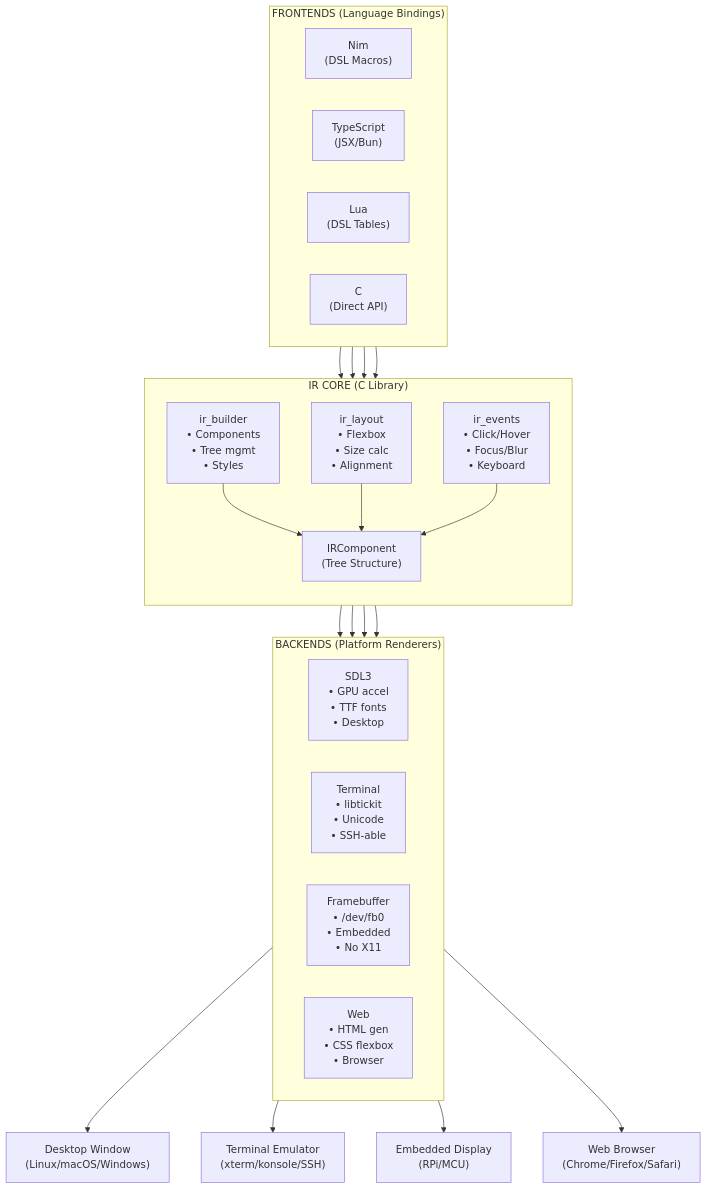
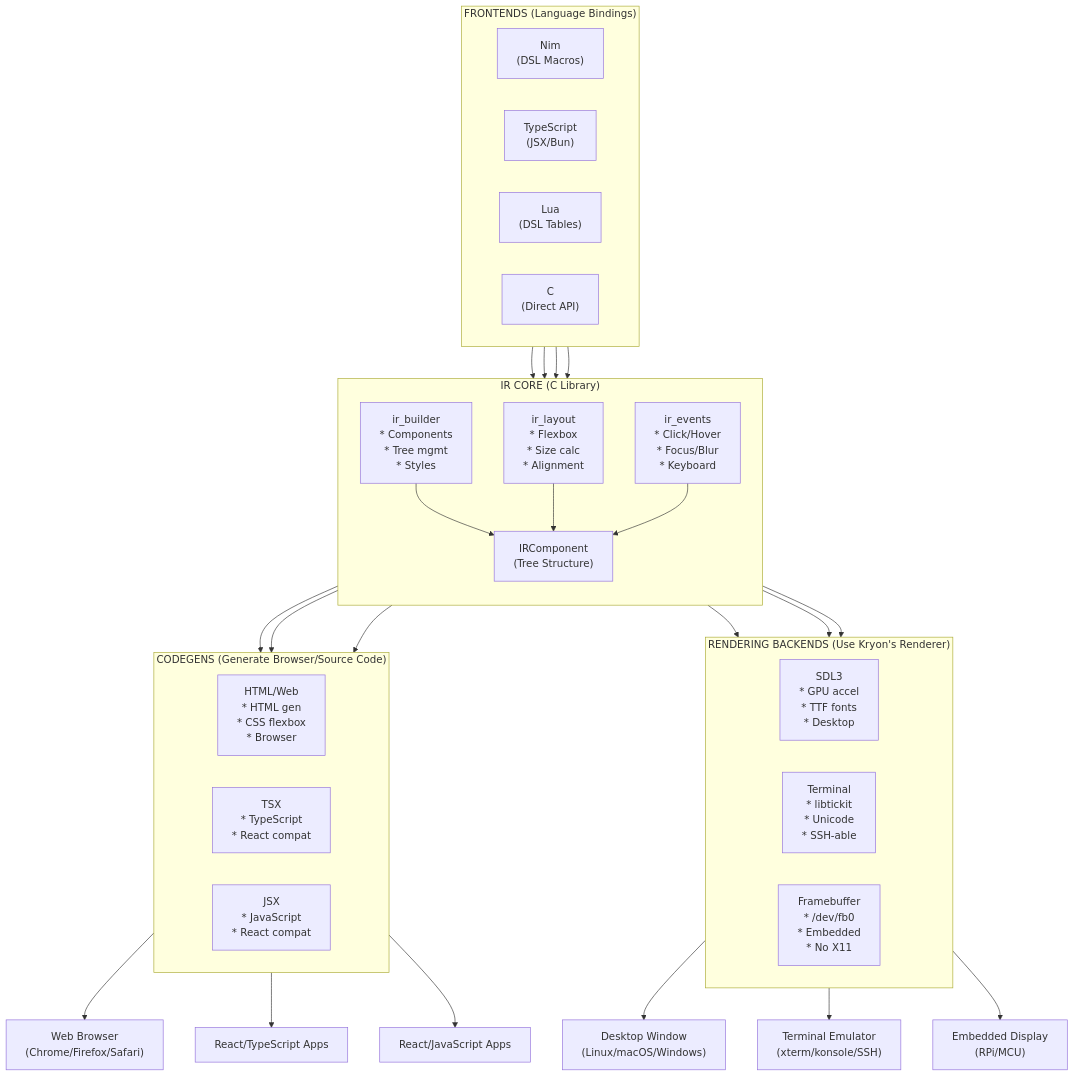
The first of 4 diagrams in docs/architecture.md (kryonlabs/website), drawn with Mermaid before and after one commit. The commit also changed other lines of this file and 17 other files, not shown here.

````diff
--- a/docs/architecture.md
+++ b/docs/architecture.md
@@ -25,45 +32,55 @@
 ```mermaid
 flowchart TB
     subgraph Frontends["FRONTENDS (Language Bindings)"]
         direction LR
         Nim["Nim<br/>(DSL Macros)"]
         TS["TypeScript<br/>(JSX/Bun)"]
         Lua["Lua<br/>(DSL Tables)"]
         C["C<br/>(Direct API)"]
     end
 
     subgraph Core["IR CORE (C Library)"]
         direction TB
-        Builder["ir_builder<br/>• Components<br/>• Tree mgmt<br/>• Styles"]
-        Layout["ir_layout<br/>• Flexbox<br/>• Size calc<br/>• Alignment"]
-        Events["ir_events<br/>• Click/Hover<br/>• Focus/Blur<br/>• Keyboard"]
+        Builder["ir_builder<br/>* Components<br/>* Tree mgmt<br/>* Styles"]
+        Layout["ir_layout<br/>* Flexbox<br/>* Size calc<br/>* Alignment"]
+        Events["ir_events<br/>* Click/Hover<br/>* Focus/Blur<br/>* Keyboard"]
         IRComp["IRComponent<br/>(Tree Structure)"]
 
         Builder --> IRComp
         Layout --> IRComp
         Events --> IRComp
     end
 
-    subgraph Backends["BACKENDS (Platform Renderers)"]
+    subgraph Backends["RENDERING BACKENDS (Use Kryon's Renderer)"]
         direction LR
-        SDL3["SDL3<br/>• GPU accel<br/>• TTF fonts<br/>• Desktop"]
-        Terminal["Terminal<br/>• libtickit<br/>• Unicode<br/>• SSH-able"]
-        Framebuffer["Framebuffer<br/>• /dev/fb0<br/>• Embedded<br/>• No X11"]
-        Web["Web<br/>• HTML gen<br/>• CSS flexbox<br/>• Browser"]
+        SDL3["SDL3<br/>* GPU accel<br/>* TTF fonts<br/>* Desktop"]
+        Terminal["Terminal<br/>* libtickit<br/>* Unicode<br/>* SSH-able"]
+        Framebuffer["Framebuffer<br/>* /dev/fb0<br/>* Embedded<br/>* No X11"]
+    end
+
+    subgraph Codegens["CODEGENS (Generate Browser/Source Code)"]
+        direction LR
+        HTML["HTML/Web<br/>* HTML gen<br/>* CSS flexbox<br/>* Browser"]
+        TSX["TSX<br/>* TypeScript<br/>* React compat"]
+        JSX["JSX<br/>* JavaScript<br/>* React compat"]
     end
 
     Nim --> Core
     TS --> Core
     Lua --> Core
     C --> Core
 
     Core --> SDL3
     Core --> Terminal
     Core --> Framebuffer
-    Core --> Web
+    Core --> HTML
+    Core --> TSX
+    Core --> JSX
 
     SDL3 --> Desktop["Desktop Window<br/>(Linux/macOS/Windows)"]
     Terminal --> Term["Terminal Emulator<br/>(xterm/konsole/SSH)"]
     Framebuffer --> Embedded["Embedded Display<br/>(RPi/MCU)"]
-    Web --> Browser["Web Browser<br/>(Chrome/Firefox/Safari)"]
+    HTML --> Browser["Web Browser<br/>(Chrome/Firefox/Safari)"]
+    TSX --> ReactTS["React/TypeScript Apps"]
+    JSX --> ReactJS["React/JavaScript Apps"]
 ```
````
